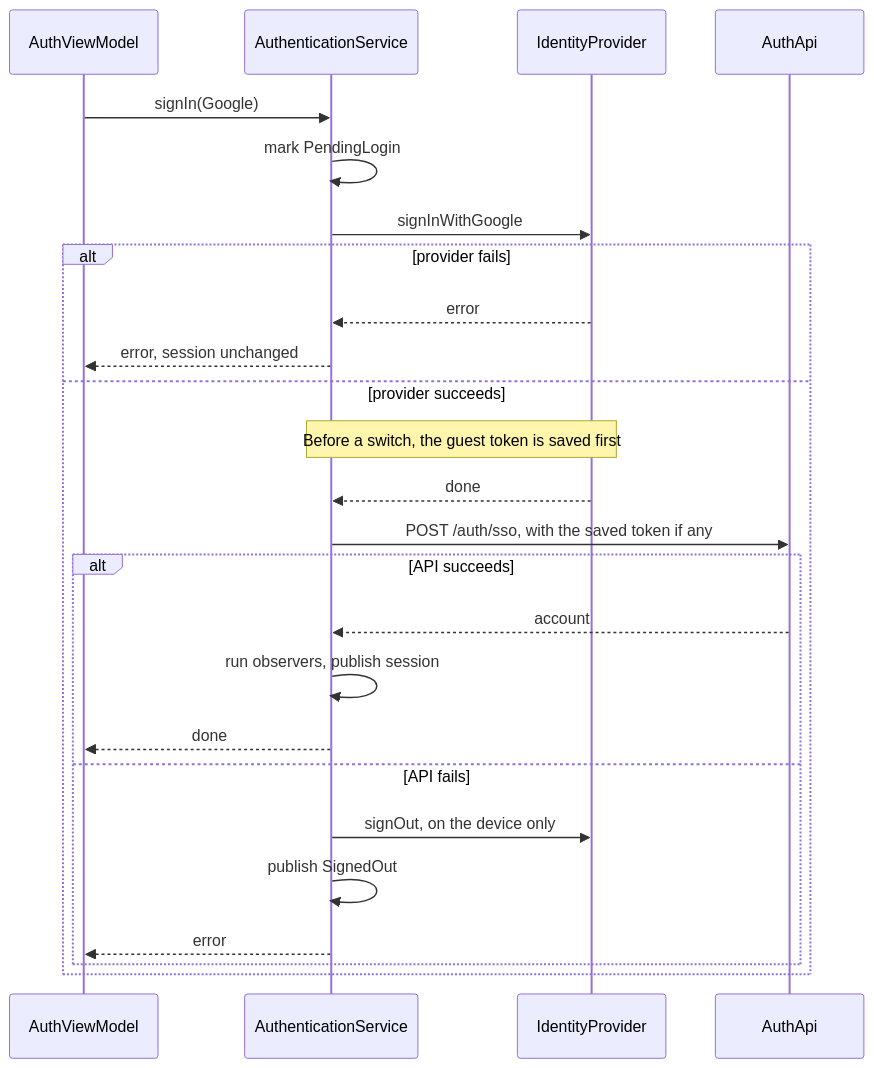
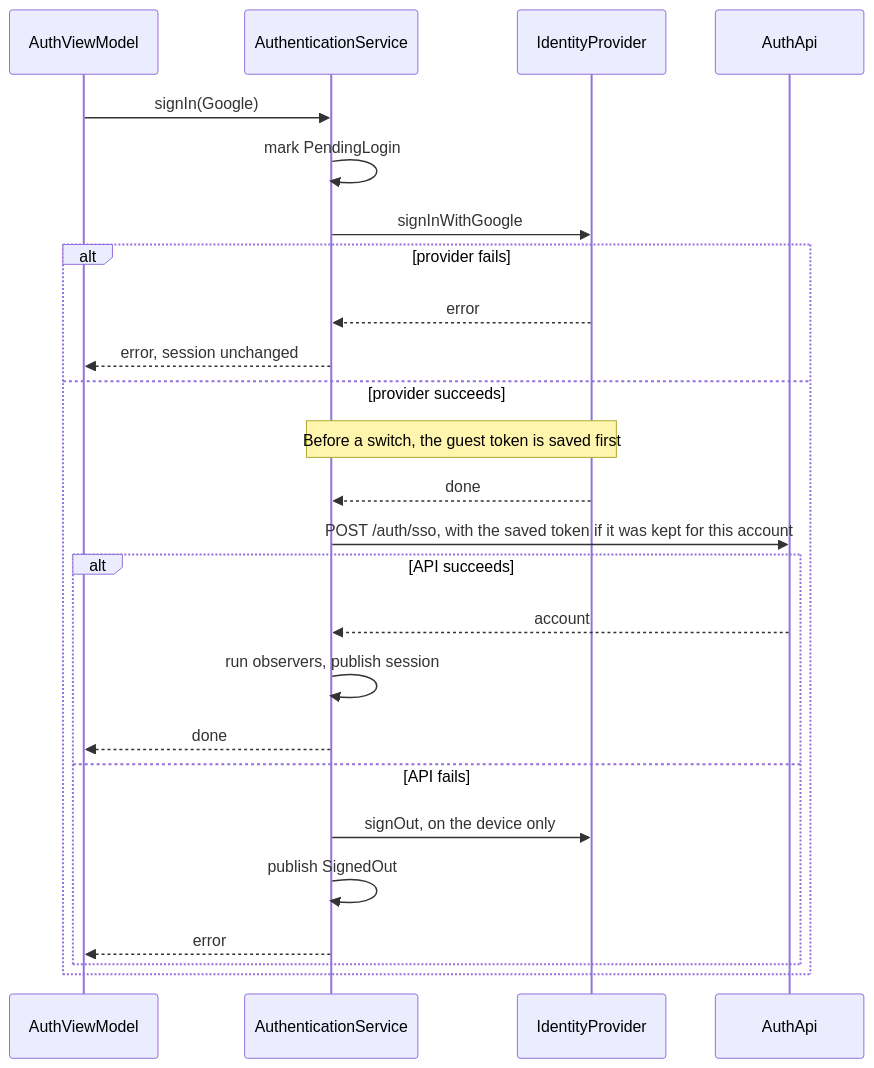
The fourth of 5 diagrams in android/docs/system-architecture.md (dthuy62/jobflow), drawn with Mermaid before and after one commit. The commit also changed 11 other files, not shown here.

First line of the commit message:
fix(android): send a kept guest token only for the account it was kept for

````diff
--- a/android/docs/system-architecture.md
+++ b/android/docs/system-architecture.md
@@ -110,27 +110,27 @@
 ```mermaid
 sequenceDiagram
     participant VM as AuthViewModel
     participant S as AuthenticationService
     participant I as IdentityProvider
     participant A as AuthApi
     VM->>S: signIn(Google)
     S->>S: mark PendingLogin
     S->>I: signInWithGoogle
     alt provider fails
         I-->>S: error
         S-->>VM: error, session unchanged
     else provider succeeds
         Note over S,I: Before a switch, the guest token is saved first
         I-->>S: done
-        S->>A: POST /auth/sso, with the saved token if any
+        S->>A: POST /auth/sso, with the saved token if it was kept for this account
         alt API succeeds
             A-->>S: account
             S->>S: run observers, publish session
             S-->>VM: done
         else API fails
             S->>I: signOut, on the device only
             S->>S: publish SignedOut
             S-->>VM: error
         end
     end
 ```
````
